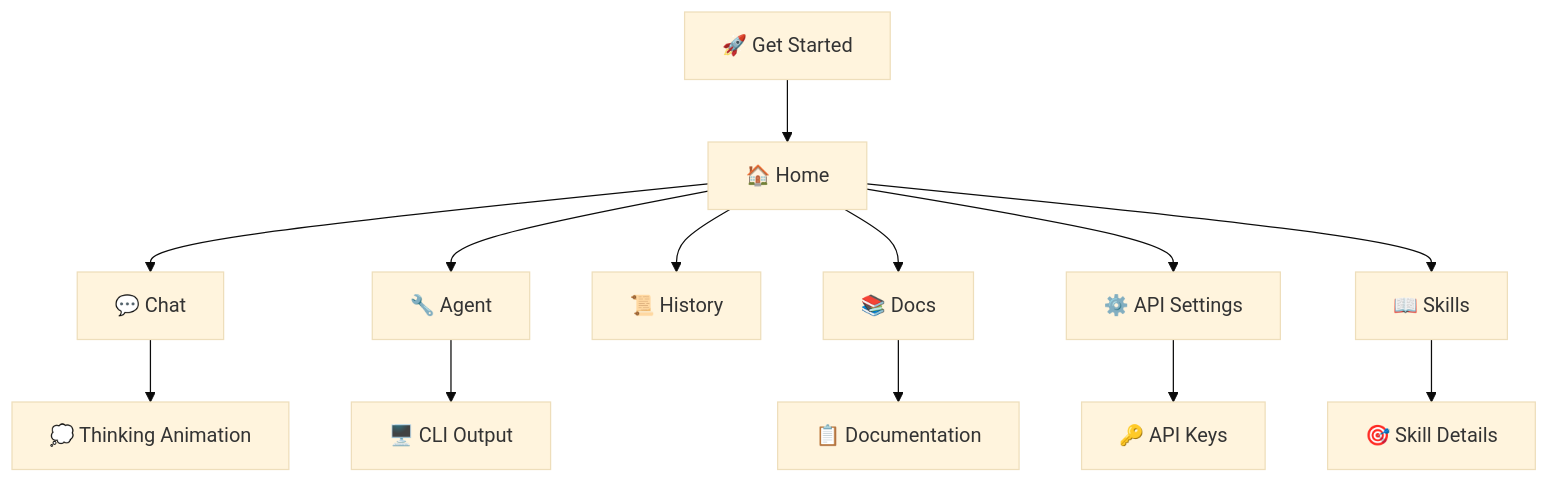
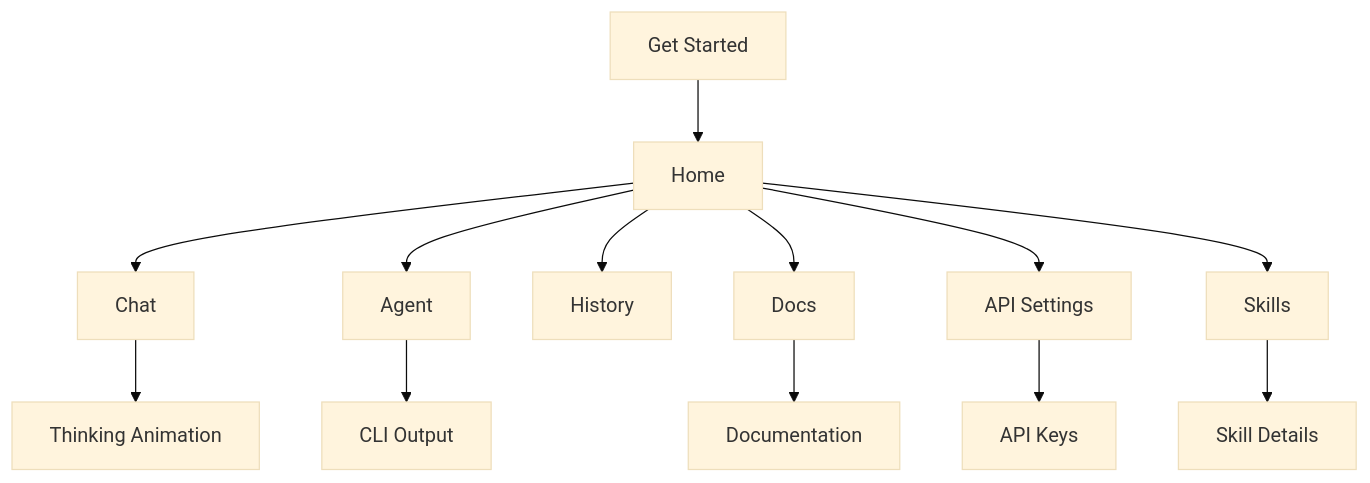
Before and after one commit to amkyawdev/code-agent: the third of 8 diagrams in README.md, drawn with Mermaid (base theme). The commit also changed other lines of this file, not shown here.

Commit message:
Fix: Mermaid diagrams - remove emojis for GitHub rendering

````diff
--- a/README.md
+++ b/README.md
@@ -98,16 +94,16 @@
 ```mermaid
 graph TD
-    A[🚀 Get Started] --> B[🏠 Home]
-    B --> C[💬 Chat]
-    B --> D[🔧 Agent]
-    B --> E[📜 History]
-    B --> F[📚 Docs]
-    B --> G[⚙️ API Settings]
-    B --> H[📖 Skills]
+    A[Get Started] --> B[Home]
+    B --> C[Chat]
+    B --> D[Agent]
+    B --> E[History]
+    B --> F[Docs]
+    B --> G[API Settings]
+    B --> H[Skills]
     
-    C --> I[💭 Thinking Animation]
-    D --> J[🖥️ CLI Output]
-    F --> K[📋 Documentation]
-    G --> L[🔑 API Keys]
-    H --> M[🎯 Skill Details]
+    C --> I[Thinking Animation]
+    D --> J[CLI Output]
+    F --> K[Documentation]
+    G --> L[API Keys]
+    H --> M[Skill Details]
 ```
````
